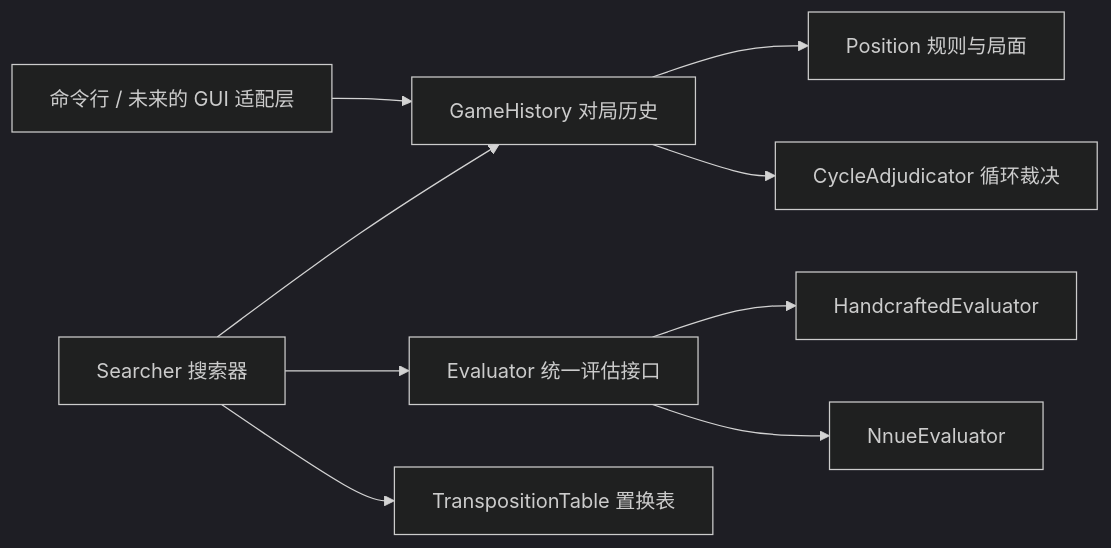
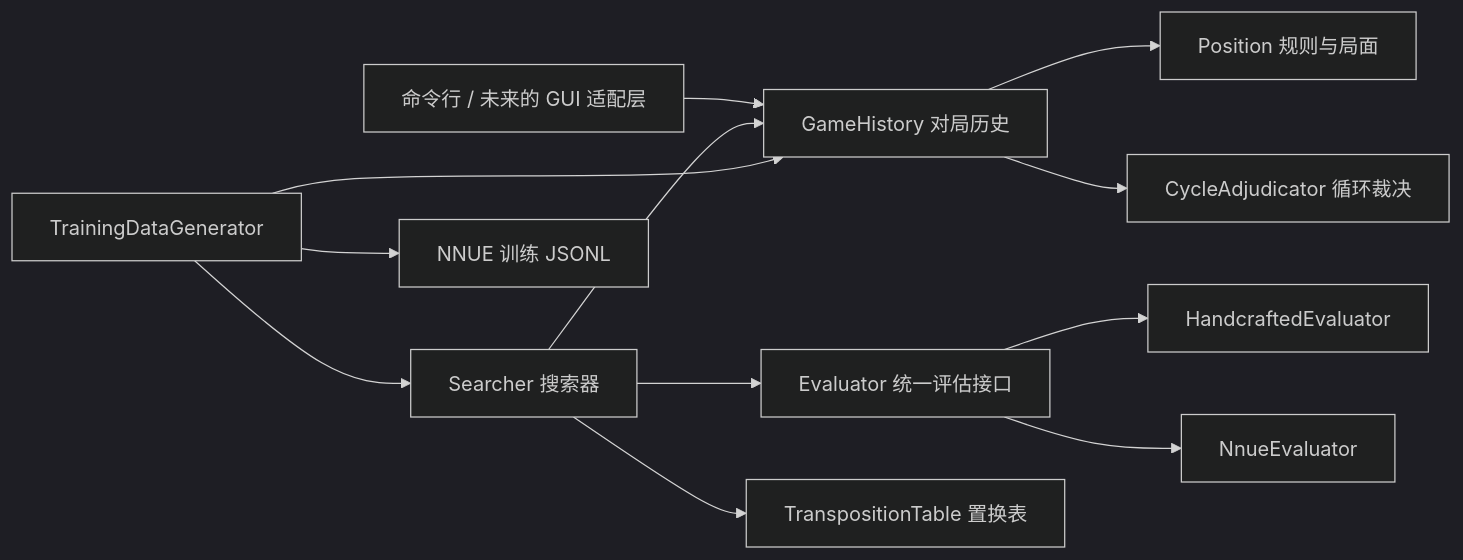
The diagram in README.md (Nightsky-Lty/chinese-cheese-ai), drawn with Mermaid (dark theme) before and after one commit. The commit also changed other lines of this file and 10 other files, not shown here.

````diff
--- a/README.md
+++ b/README.md
@@ -51,11 +55,14 @@
 ```mermaid
 flowchart LR
     UI["命令行 / 未来的 GUI 适配层"] --> GH["GameHistory 对局历史"]
     SEARCH["Searcher 搜索器"] --> GH
     GH --> POS["Position 规则与局面"]
     GH --> CA["CycleAdjudicator 循环裁决"]
     SEARCH --> EVAL["Evaluator 统一评估接口"]
     EVAL --> HCE["HandcraftedEvaluator"]
     EVAL --> NN["NnueEvaluator"]
     SEARCH --> TT["TranspositionTable 置换表"]
+    DATA["TrainingDataGenerator"] --> SEARCH
+    DATA --> GH
+    DATA --> JSONL["NNUE 训练 JSONL"]
 ```
````
